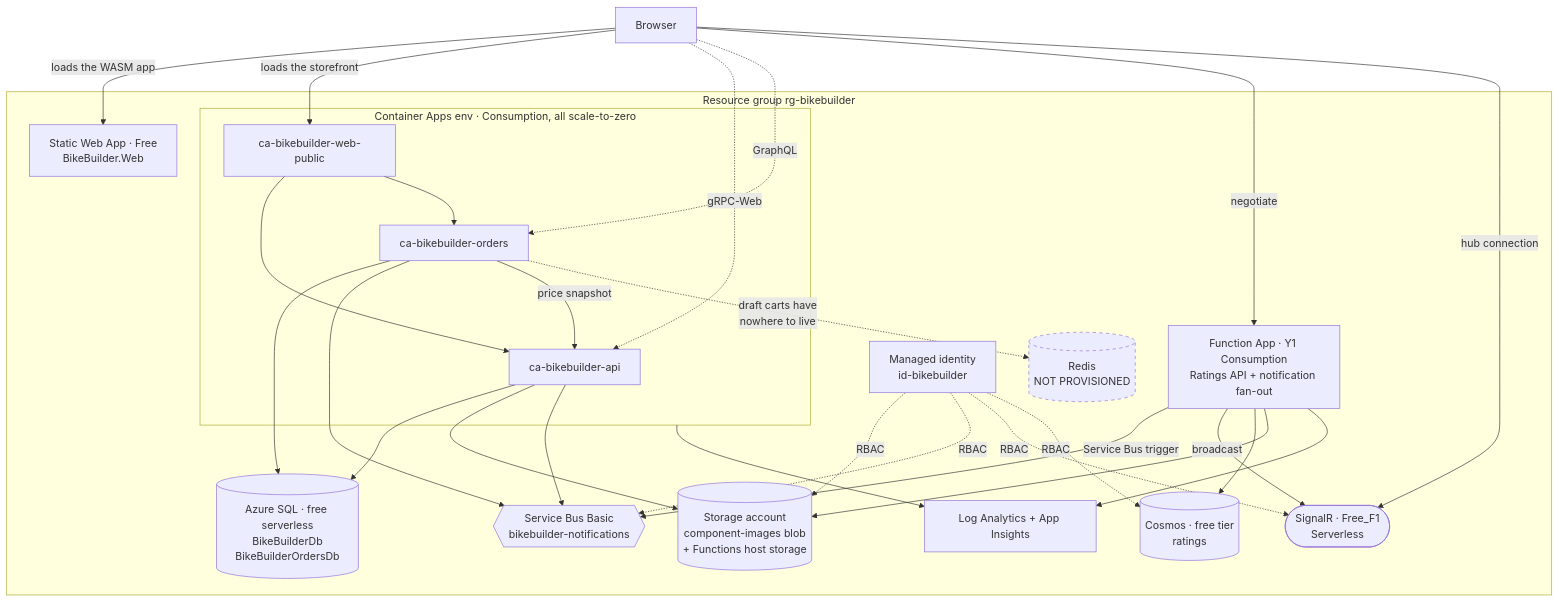
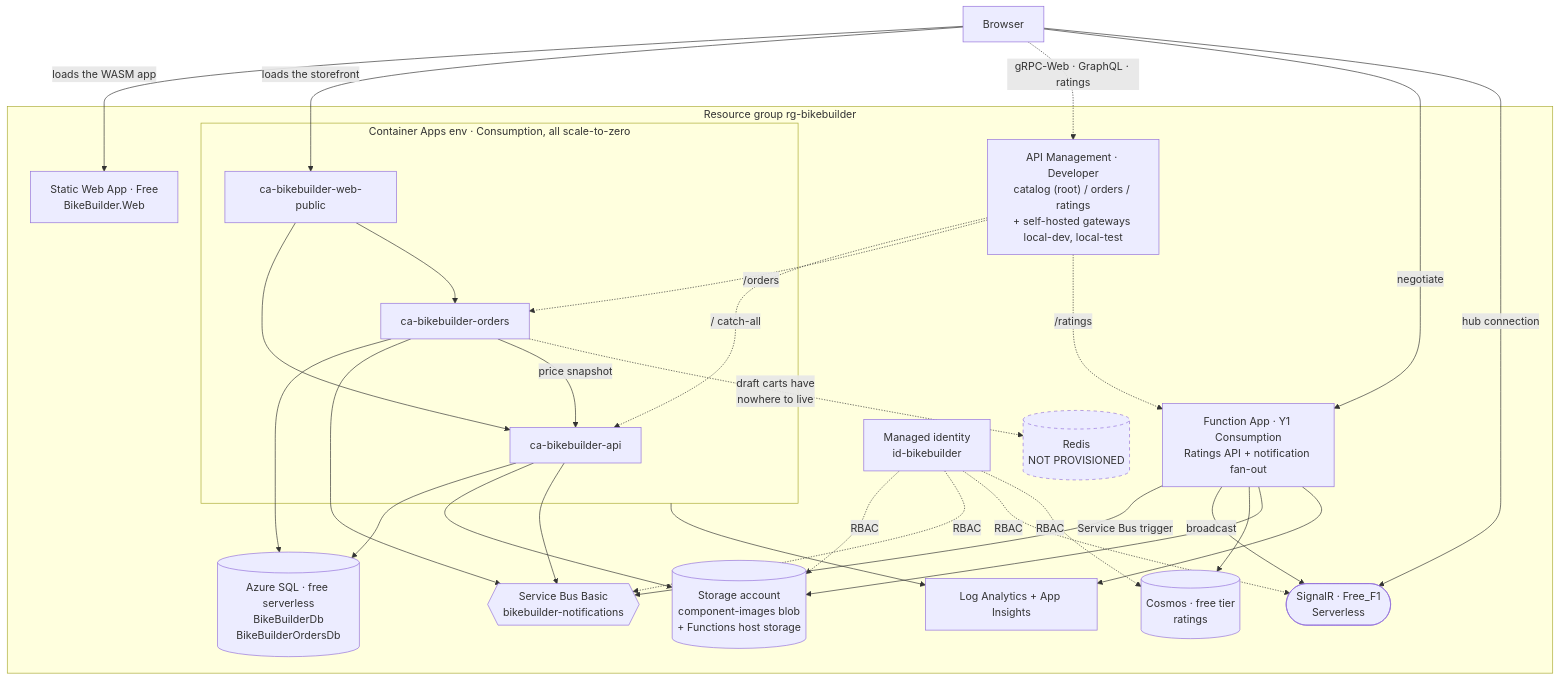
Before and after one commit to nickshepherd1983/BikeBuilderAspire: the diagram in infra/README.md, drawn with Mermaid. The commit also changed other lines of this file and 25 other files, not shown here.

````diff
--- a/infra/README.md
+++ b/infra/README.md
@@ -8,57 +10,60 @@
 ```mermaid
 flowchart TB
     browser["Browser"]
 
     subgraph rg["Resource group rg-bikebuilder"]
         swa["Static Web App · Free<br/>BikeBuilder.Web"]
+        apim["API Management · Developer<br/>catalog (root) / orders / ratings<br/>+ self-hosted gateways local-dev, local-test"]
 
         subgraph cae["Container Apps env · Consumption, all scale-to-zero"]
             caapi["ca-bikebuilder-api"]
             caorders["ca-bikebuilder-orders"]
             cawp["ca-bikebuilder-web-public"]
         end
 
         func["Function App · Y1 Consumption<br/>Ratings API + notification fan-out"]
 
         sql[("Azure SQL · free serverless<br/>BikeBuilderDb<br/>BikeBuilderOrdersDb")]
         cosmos[("Cosmos · free tier<br/>ratings")]
         st[("Storage account<br/>component-images blob<br/>+ Functions host storage")]
         bus{{"Service Bus Basic<br/>bikebuilder-notifications"}}
         sigr(["SignalR · Free_F1<br/>Serverless"])
         redis[("Redis<br/>NOT PROVISIONED")]
 
         obs["Log Analytics + App Insights"]
         mi["Managed identity<br/>id-bikebuilder"]
     end
 
     browser -->|loads the WASM app| swa
     browser -->|loads the storefront| cawp
-    browser -.->|gRPC-Web| caapi
-    browser -.->|GraphQL| caorders
+    browser -.->|gRPC-Web · GraphQL · ratings| apim
+    apim -.->|/ catch-all| caapi
+    apim -.->|/orders| caorders
+    apim -.->|/ratings| func
     browser -->|negotiate| func
     browser -->|hub connection| sigr
 
     caapi --> sql
     caapi --> st
     caapi --> bus
     caorders --> sql
     caorders --> bus
     caorders -->|price snapshot| caapi
     caorders -.->|draft carts have<br/>nowhere to live| redis
     cawp --> caapi
     cawp --> caorders
 
     func -->|Service Bus trigger| bus
     func -->|broadcast| sigr
     func --> cosmos
     func --> st
 
     mi -.->|RBAC| st
     mi -.->|RBAC| bus
     mi -.->|RBAC| sigr
     mi -.->|RBAC| cosmos
     cae --> obs
     func --> obs
 
     style redis stroke-dasharray: 5 5
 ```
````
